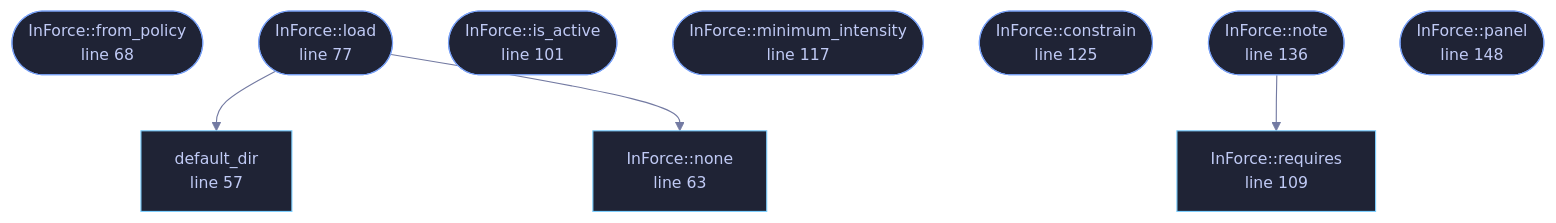
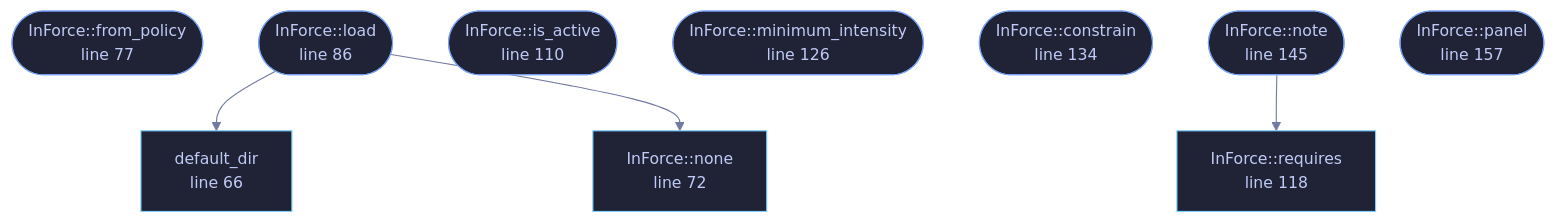
The diagram in wiki/File-veilvoice-gui-policy.md (tilas01/veilvoice), drawn with Mermaid before and after one commit. The commit also changed other lines of this file and 487 other files, not shown here.

````diff
--- a/wiki/File-veilvoice-gui-policy.md
+++ b/wiki/File-veilvoice-gui-policy.md
@@ -77,31 +87,31 @@
 ```mermaid
 %%{init: {"theme":"base","themeVariables":{"background":"#1a1b26","primaryColor":"#1f2335","primaryTextColor":"#c0caf5","primaryBorderColor":"#7aa2f7","secondaryColor":"#16161e","tertiaryColor":"#16161e","lineColor":"#737aa2","textColor":"#c0caf5","mainBkg":"#1f2335","nodeBorder":"#7aa2f7","clusterBkg":"#16161e","clusterBorder":"#2f3549","fontFamily":"ui-monospace, SFMono-Regular, Consolas, monospace","fontSize":"14px"}}}%%
 flowchart TD
-    n_default_dir["default_dir<br/>line 57"]
-    n_none["InForce::none<br/>line 63"]
-    n_from_policy(["InForce::from_policy<br/>line 68"])
-    n_load(["InForce::load<br/>line 77"])
-    n_is_active(["InForce::is_active<br/>line 101"])
-    n_requires["InForce::requires<br/>line 109"]
-    n_minimum_intensity(["InForce::minimum_intensity<br/>line 117"])
-    n_constrain(["InForce::constrain<br/>line 125"])
-    n_note(["InForce::note<br/>line 136"])
-    n_panel(["InForce::panel<br/>line 148"])
+    n_default_dir["default_dir<br/>line 66"]
+    n_none["InForce::none<br/>line 72"]
+    n_from_policy(["InForce::from_policy<br/>line 77"])
+    n_load(["InForce::load<br/>line 86"])
+    n_is_active(["InForce::is_active<br/>line 110"])
+    n_requires["InForce::requires<br/>line 118"]
+    n_minimum_intensity(["InForce::minimum_intensity<br/>line 126"])
+    n_constrain(["InForce::constrain<br/>line 134"])
+    n_note(["InForce::note<br/>line 145"])
+    n_panel(["InForce::panel<br/>line 157"])
     n_load --> n_default_dir
     n_load --> n_none
     n_note --> n_requires
-    click n_default_dir href "https://github.com/tilas01/veilvoice/blob/main/crates/veilvoice-gui/src/policy.rs#L57" "open the source"
-    click n_none href "https://github.com/tilas01/veilvoice/blob/main/crates/veilvoice-gui/src/policy.rs#L63" "open the source"
-    click n_from_policy href "https://github.com/tilas01/veilvoice/blob/main/crates/veilvoice-gui/src/policy.rs#L68" "open the source"
-    click n_load href "https://github.com/tilas01/veilvoice/blob/main/crates/veilvoice-gui/src/policy.rs#L77" "open the source"
-    click n_is_active href "https://github.com/tilas01/veilvoice/blob/main/crates/veilvoice-gui/src/policy.rs#L101" "open the source"
-    click n_requires href "https://github.com/tilas01/veilvoice/blob/main/crates/veilvoice-gui/src/policy.rs#L109" "open the source"
-    click n_minimum_intensity href "https://github.com/tilas01/veilvoice/blob/main/crates/veilvoice-gui/src/policy.rs#L117" "open the source"
-    click n_constrain href "https://github.com/tilas01/veilvoice/blob/main/crates/veilvoice-gui/src/policy.rs#L125" "open the source"
-    click n_note href "https://github.com/tilas01/veilvoice/blob/main/crates/veilvoice-gui/src/policy.rs#L136" "open the source"
-    click n_panel href "https://github.com/tilas01/veilvoice/blob/main/crates/veilvoice-gui/src/policy.rs#L148" "open the source"
+    click n_default_dir href "https://github.com/tilas01/veilvoice/blob/main/crates/veilvoice-gui/src/policy.rs#L66" "open the source"
+    click n_none href "https://github.com/tilas01/veilvoice/blob/main/crates/veilvoice-gui/src/policy.rs#L72" "open the source"
+    click n_from_policy href "https://github.com/tilas01/veilvoice/blob/main/crates/veilvoice-gui/src/policy.rs#L77" "open the source"
+    click n_load href "https://github.com/tilas01/veilvoice/blob/main/crates/veilvoice-gui/src/policy.rs#L86" "open the source"
+    click n_is_active href "https://github.com/tilas01/veilvoice/blob/main/crates/veilvoice-gui/src/policy.rs#L110" "open the source"
+    click n_requires href "https://github.com/tilas01/veilvoice/blob/main/crates/veilvoice-gui/src/policy.rs#L118" "open the source"
+    click n_minimum_intensity href "https://github.com/tilas01/veilvoice/blob/main/crates/veilvoice-gui/src/policy.rs#L126" "open the source"
+    click n_constrain href "https://github.com/tilas01/veilvoice/blob/main/crates/veilvoice-gui/src/policy.rs#L134" "open the source"
+    click n_note href "https://github.com/tilas01/veilvoice/blob/main/crates/veilvoice-gui/src/policy.rs#L145" "open the source"
+    click n_panel href "https://github.com/tilas01/veilvoice/blob/main/crates/veilvoice-gui/src/policy.rs#L157" "open the source"
     classDef entry fill:#1f2335,stroke:#7aa2f7,color:#c0caf5
     class n_from_policy,n_load,n_is_active,n_minimum_intensity,n_constrain,n_note,n_panel entry
     classDef api fill:#1f2335,stroke:#7dcfff,color:#c0caf5
     class n_default_dir,n_none,n_requires api
 ```
````
